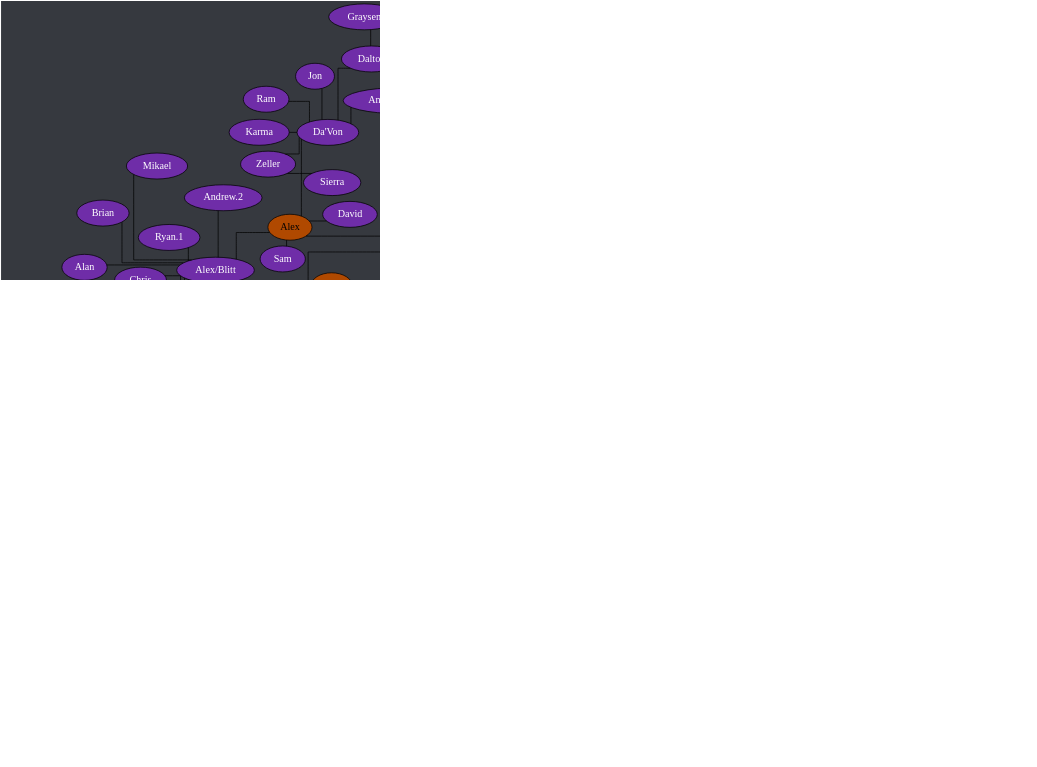
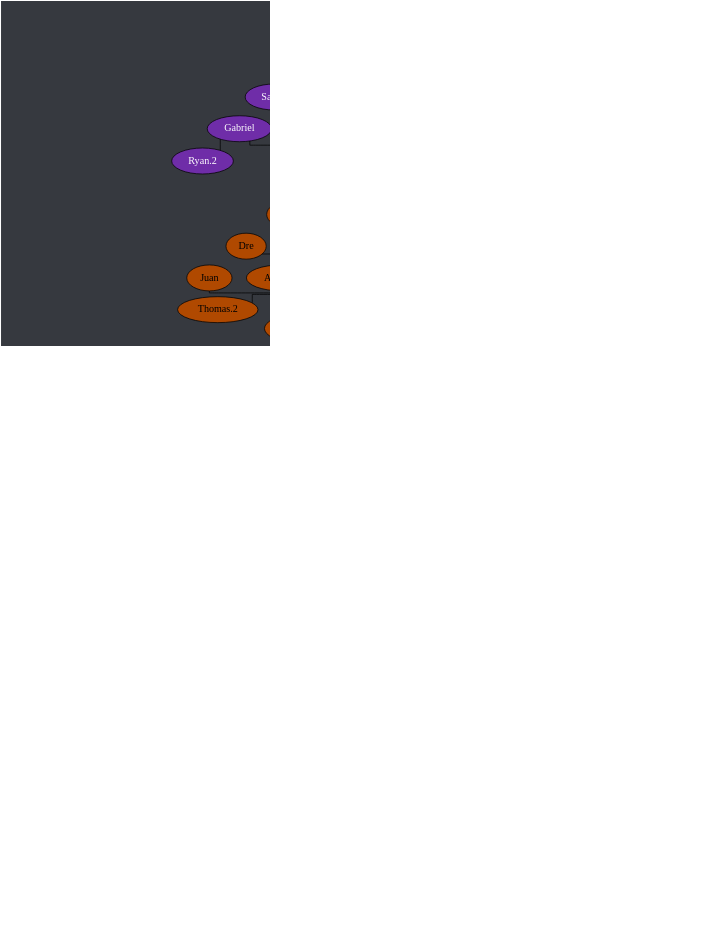
One commit to Documidas/CoronaCatzFamilyTree changed the diagram in tree.dot. Above: the diagram before and after it, drawn with Graphviz. The commit also changed 1 other file, not shown here.

Commit message:
Add Rakib

```diff
--- a/tree.dot
+++ b/tree.dot
@@ -1,188 +1,189 @@
 strict graph {
 	// Layout Configuration
 	layout = neato;
 	dpi = 200;
 	epsilon = 0.01;
 	mode = major;
 	model = subset;
 	overlap = false;
 	splines = ortho;
 	start = rand;
 
 	// Visual Configuration
 	graph [ truecolor=true bgcolor="#36393f" ];
 	node [ style=filled fillcolor="gray" fontcolor="black" ];
 
 	subgraph "Joel" {
 		node [ style=filled fillcolor="firebrick4" fontcolor="white" ];
 		Joel [ style=filled fillcolor="gold" fontcolor="black" ];
 
 		Cayla -- Ali;
 		Cayla -- Jonathan;
 		Cayla -- Kate;
 		Cayla -- Nick;
 		Cayla -- Ranger;
 		Joel -- Anders;
 		Joel -- Cayla;
 		Joel -- Conner;
 		Joel -- Jared;
 		Joel -- Kat;
 		Joel -- Patrick;
 		Joel -- Steven;
 	}
 
 	subgraph "Anders" {
 		node [ style=filled fillcolor="green4" fontcolor="white" ];
 		// Anders [ style=filled fillcolor="green4" fontcolor="white" ];
 
 		Anders -- Chiara;
 		Anders -- Cody;
 		Anders -- Cole;
 		Anders -- Daniel;
 		Anders -- Derek;
 		Anders -- DJ;
 		Anders -- Hahnur;
 		Anders -- Jen;
 		Anders -- "Matt.2";
 		Anders -- Solis;
 		Anders -- Will;
 		Anders -- Wyatt;
 		Anders -- Zach;
 		Anders -- Zack;
 	}
 
 	subgraph "Jared" {
 		node [ style=filled fillcolor="royalblue" fontcolor="black" ];
 		// Jared [ style=filled fillcolor="royalblue" fontcolor="black" ];
 
 		"Andrew.1" -- Hannah;
 		"Brian.1" -- Nebtune;
 		"Carter-1.0" -- Tom;
 		Donnie -- Bianca;
 		Donnie -- "Brian.1";
 		Donnie -- Troy;
 		Greg -- "Andrew.1";
 		Greg -- "Carter-1.0";
 		Greg -- Ina;
 		Greg -- "John Boi";
 		Greg -- Tails;
 		Greg -- Tanyon;
 		Hannah -- Raana;
 		Jared -- Brandi;
 		Jared -- Dave;
 		Jared -- Donnie;
 		Jared -- Fabi;
 		Jared -- "Jack.2";
 		Jared -- Kamon;
 		Jared -- Greg;
 		Jared -- Isabelle;
 		Jared -- Mason;
 		Jared -- "Matt.1";
 		Jared -- Mehmet;
 		Jared -- Nam;
 		Jared -- Pixie;
 		Jared -- Shannon;
 		Jared -- Spencer;
 		Jared -- Tommy;
 		Jared -- Tyler;
 		Jared -- "Zach/Laniakea";
 		Jared -- Zoe;
 		"John Boi" -- Hardie;
 		Tommy -- Danny;
 		Troy -- Drake;
 		Tyler -- "Bryan.2";
 		Tyler -- Gaby;
 		Zoe -- Brandon;
 	}
 
 	subgraph "Zach/Laniakea" {
 		node [ style=filled fillcolor="#4eff2c" fontcolor="black" ];
 		// "Zach/Laniakea" [ style=filled fillcolor="#4eff2c" fontcolor="black" ];
 
 		"Caio.2" -- "Kyle.1";
 		"Caio.2" -- Lucas;
 		"Ryan/Des" -- Marcus;
 		"Ryan/Wenger" -- Gracie;
 		"Zach/Laniakea" -- Allen;
 		"Zach/Laniakea" -- "Caio.2";
 		"Zach/Laniakea" -- John;
 		"Zach/Laniakea" -- Logan;
 		"Zach/Laniakea" -- Kevin;
 		"Zach/Laniakea" -- "Kyle.0";
 		"Zach/Laniakea" -- Mike;
 		"Zach/Laniakea" -- "Ryan/Des";
 		"Zach/Laniakea" -- "Ryan/Wenger";
 	}
 
 	subgraph "John" {
 		node [ style=filled fillcolor="#c89b3c" fontcolor="black" ];
 		// John [ style=filled fillcolor="#c89b3c" fontcolor="black" ];
 
 		John -- Anna;
 		John -- Emily;
 		John -- Haber;
 		John -- Jay;
 		John -- "Jack.1";
 		John -- Lara;
 		John -- Monarch;
+		John -- Rakib;
 		John -- "Thomas.1";
 	}
 
 	subgraph "John-stream" {
 		// node [ style=filled fillcolor="#9147ff" fontcolor="black" ];
 		node [ style=filled fillcolor="#c89b3c" fontcolor="black" ];
 
 		John -- "Michael/Wheezy";
 	}
 
 	subgraph "Thomas.1" {
 		node [ style=filled fillcolor="#b04900" fontcolor="black" ];
 		// "Thomas.1" [ style=filled fillcolor="#b04900" fontcolor="black" ];
 
 		"Thomas.1" -- Ahmeed;
 		"Thomas.1" -- Alex;
 		"Thomas.1" -- Bob;
 		"Thomas.1" -- Dre;
 		"Thomas.1" -- JD;
 		"Thomas.1" -- Josh;
 		"Thomas.1" -- Juan;
 		"Thomas.1" -- Pat;
 		"Thomas.1" -- Taylor;
 		"Thomas.1" -- "Thomas.2";
 		"Thomas.1" -- "Tony.1";
 		"Thomas.1" -- "Tony.2";
 		"Thomas.1" -- Travis;
 	}
 
 	subgraph "Alex" {
 		node [ style=filled fillcolor="#6f2da8" fontcolor="white" ];
 		// Alex [ style=filled fillcolor="#6f2da8" fontcolor="black" ];
 
 		Alex -- "Alex/Blitt";
 		Alex -- "Da'Von";
 		Alex -- David;
 		Alex -- Sam;
 		"Alex/Blitt" -- Alan;
 		"Alex/Blitt" -- "Alex the 3rd";
 		"Alex/Blitt" -- "Andrew.2";
 		"Alex/Blitt" -- Brian;
 		"Alex/Blitt" -- Carlos;
 		"Alex/Blitt" -- Chris;
 		"Alex/Blitt" -- Gabriel;
 		"Alex/Blitt" -- "Kyle.3";
 		"Alex/Blitt" -- Laske;
 		"Alex/Blitt" -- Mikael;
 		"Alex/Blitt" -- "Ryan.1";
 		"Alex/Blitt" -- "Sam.2";
 		"Da'Von" -- "Andrew/Spook";
 		"Da'Von" -- Dalton;
 		"Da'Von" -- Jon;
 		"Da'Von" -- Karma;
 		"Da'Von" -- Ram;
 		"Da'Von" -- Zeller;
 		Dalton -- "Carter.2";
 		Dalton -- Graysen;
 		Gabriel -- "Ryan.2";
 		Zeller -- Sierra;
 	}
 }
```
